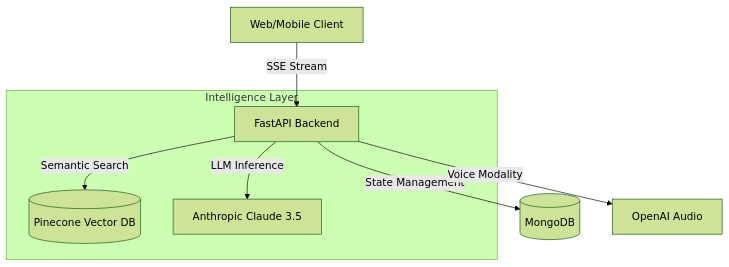
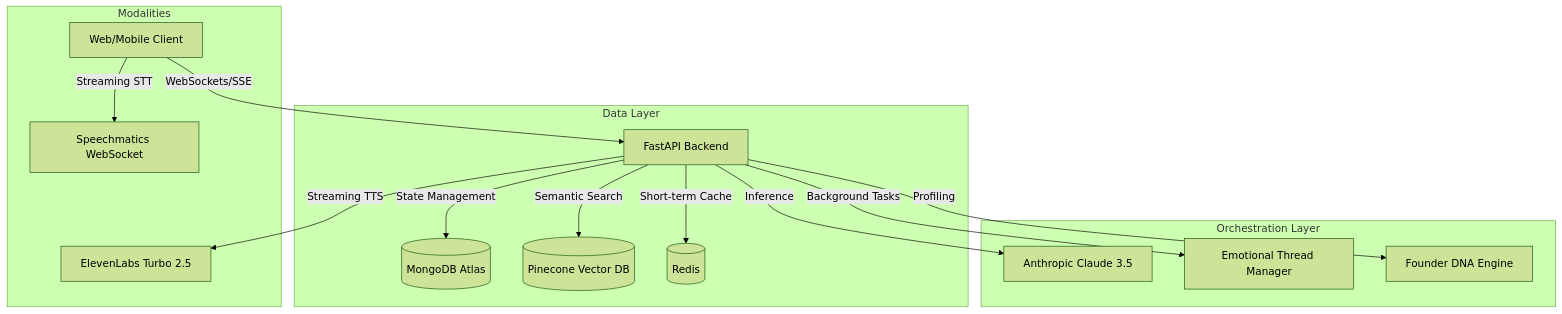
Before and after one commit to abdullatam/tammyai: the first of 4 diagrams in README.md, drawn with Mermaid (forest theme). The commit also changed other lines of this file, not shown here.

Commit message:
docs: upgrade README with Stripe-tier Voice Architecture and Mermaid diagrams

````diff
--- a/README.md
+++ b/README.md
@@ -43,14 +26,21 @@
 ```mermaid
 graph TD
-    Client[Web/Mobile Client] -->|SSE Stream| FastAPI[FastAPI Backend]
-    FastAPI -->|State Management| MongoDB[(MongoDB)]
-    FastAPI -->|Semantic Search| Pinecone[(Pinecone Vector DB)]
-    FastAPI -->|LLM Inference| Claude[Anthropic Claude 3.5]
-    FastAPI -->|Voice Modality| Whisper[OpenAI Audio]
+    Client[Web/Mobile Client] -->|WebSockets/SSE| FastAPI[FastAPI Backend]
     
-    subgraph Intelligence Layer
-        Pinecone
-        Claude
-        FastAPI
+    subgraph Data Layer
+        FastAPI -->|State Management| MongoDB[(MongoDB Atlas)]
+        FastAPI -->|Semantic Search| Pinecone[(Pinecone Vector DB)]
+        FastAPI -->|Short-term Cache| Redis[(Redis)]
+    end
+    
+    subgraph Orchestration Layer
+        FastAPI -->|Inference| Claude[Anthropic Claude 3.5]
+        FastAPI -->|Background Tasks| EmotionalEngine[Emotional Thread Manager]
+        FastAPI -->|Profiling| DNAEngine[Founder DNA Engine]
+    end
+    
+    subgraph Modalities
+        FastAPI -->|Streaming TTS| ElevenLabs[ElevenLabs Turbo 2.5]
+        Client -->|Streaming STT| Speechmatics[Speechmatics WebSocket]
     end
 ```
````
